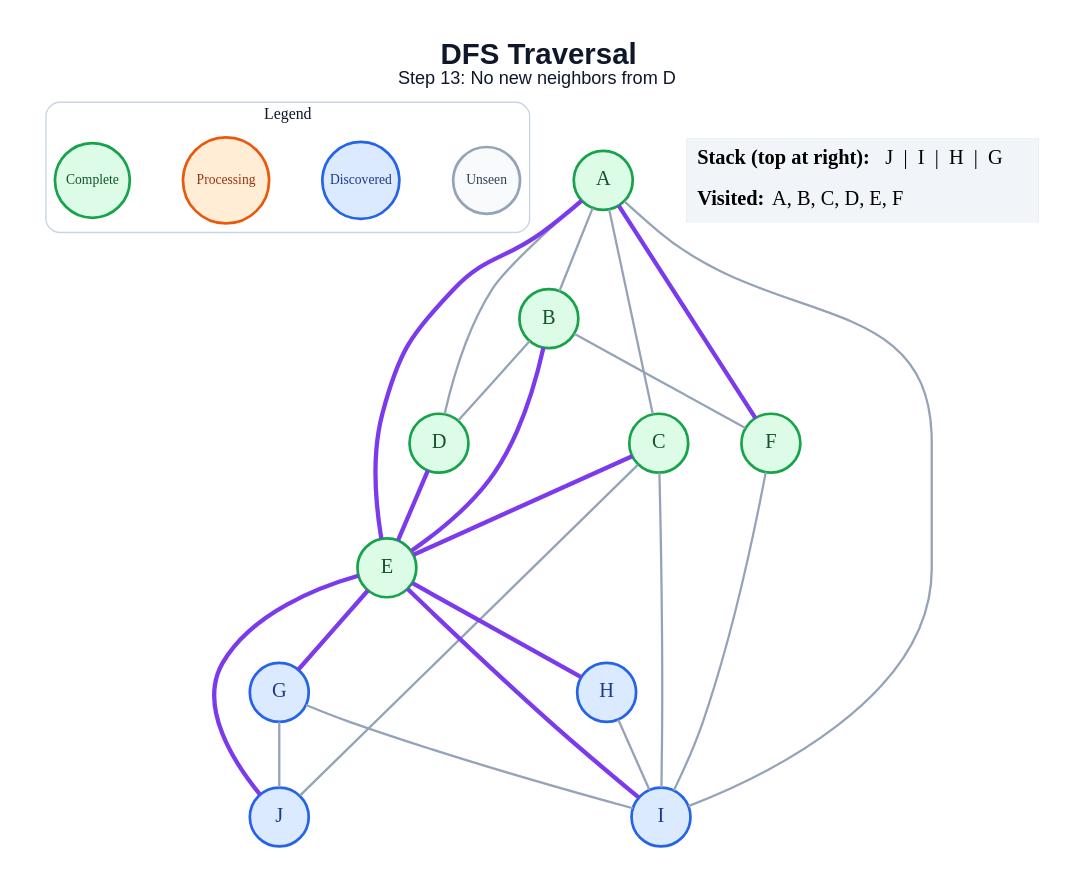
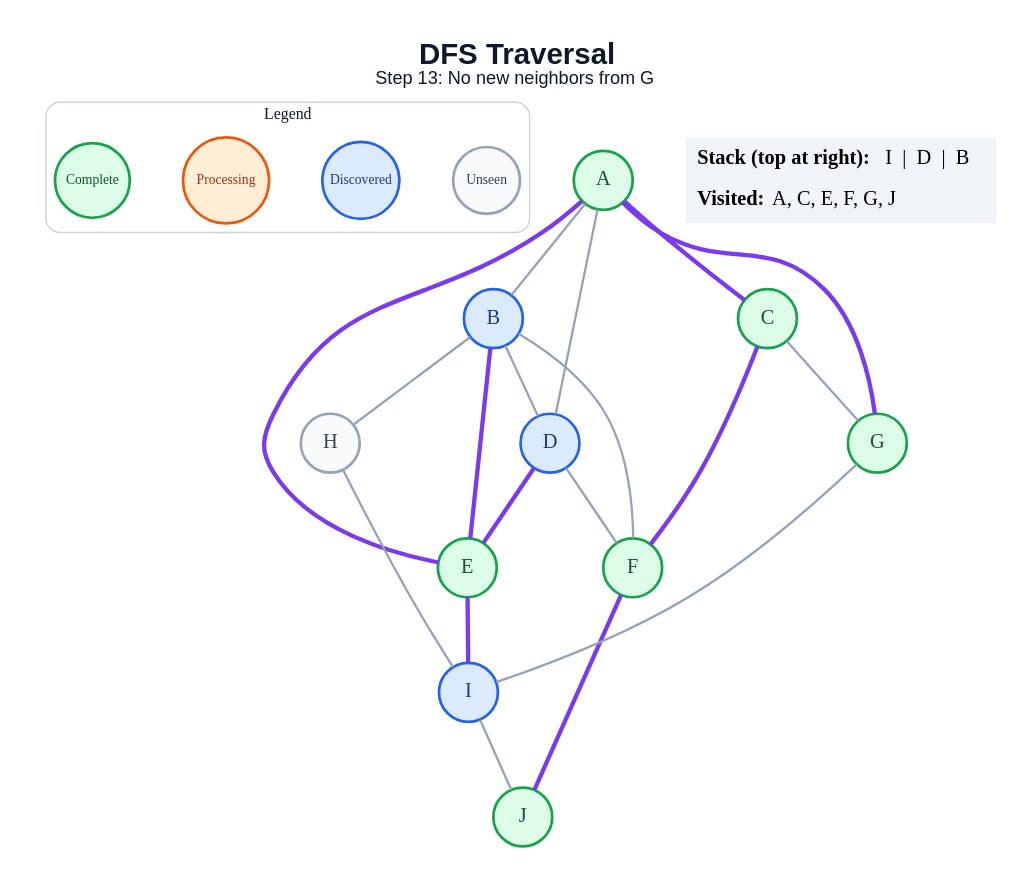
One commit to anon7238593-create/ai-slop changed the diagram in generated/specific-node/dfs/step_13.dot. Above: the diagram before and after it, drawn with Graphviz. The commit also changed 178 other files, not shown here.

```diff
--- a/generated/specific-node/dfs/step_13.dot
+++ b/generated/specific-node/dfs/step_13.dot
@@ -1,50 +1,47 @@
 graph traversal {
   graph [layout=dot, rankdir=TB, bgcolor="#FFFFFF", pad="0.35", nodesep="0.65", ranksep="0.8", fontname="Arial"];
   node [shape=circle, style="filled", fontname="Arial Bold", fontsize=18, width=0.72, fixedsize=true, penwidth=2.4];
   edge [color="#94A3B8", penwidth=2.0];
-  label=<<B>DFS Traversal</B><BR/><FONT POINT-SIZE="16">Step 13: No new neighbors from D</FONT>>; labelloc="t"; fontsize=26; fontname="Arial"; fontcolor="#0F172A";
+  label=<<B>DFS Traversal</B><BR/><FONT POINT-SIZE="16">Step 13: No new neighbors from G</FONT>>; labelloc="t"; fontsize=26; fontname="Arial"; fontcolor="#0F172A";
   subgraph cluster_legend { label="Legend"; color="#CBD5E1"; penwidth=1.2; style="rounded"; fontsize=14; fontname="Arial Bold";
     key_unseen [label="Unseen", fillcolor="#F8FAFC", color="#94A3B8", fontcolor="#334155", fontsize=12, width=0.82];
     key_frontier [label="Discovered", fillcolor="#DBEAFE", color="#2563EB", fontcolor="#1E3A8A", fontsize=12, width=0.95];
     key_current [label="Processing", fillcolor="#FFEDD5", color="#EA580C", fontcolor="#9A3412", fontsize=12, width=1.05];
     key_done [label="Complete", fillcolor="#DCFCE7", color="#16A34A", fontcolor="#14532D", fontsize=12, width=0.92];
     { rank=same; key_unseen; key_frontier; key_current; key_done; }
   }
   A [fillcolor="#DCFCE7", color="#16A34A", fontcolor="#14532D"];
-  B [fillcolor="#DCFCE7", color="#16A34A", fontcolor="#14532D"];
+  B [fillcolor="#DBEAFE", color="#2563EB", fontcolor="#1E3A8A"];
   C [fillcolor="#DCFCE7", color="#16A34A", fontcolor="#14532D"];
-  D [fillcolor="#DCFCE7", color="#16A34A", fontcolor="#14532D"];
+  D [fillcolor="#DBEAFE", color="#2563EB", fontcolor="#1E3A8A"];
   E [fillcolor="#DCFCE7", color="#16A34A", fontcolor="#14532D"];
   F [fillcolor="#DCFCE7", color="#16A34A", fontcolor="#14532D"];
-  G [fillcolor="#DBEAFE", color="#2563EB", fontcolor="#1E3A8A"];
-  H [fillcolor="#DBEAFE", color="#2563EB", fontcolor="#1E3A8A"];
+  G [fillcolor="#DCFCE7", color="#16A34A", fontcolor="#14532D"];
+  H [fillcolor="#F8FAFC", color="#94A3B8", fontcolor="#334155"];
   I [fillcolor="#DBEAFE", color="#2563EB", fontcolor="#1E3A8A"];
-  J [fillcolor="#DBEAFE", color="#2563EB", fontcolor="#1E3A8A"];
+  J [fillcolor="#DCFCE7", color="#16A34A", fontcolor="#14532D"];
   A -- B;
-  A -- C;
+  A -- C [color="#7C3AED", penwidth=3.8];
   A -- D;
   A -- E [color="#7C3AED", penwidth=3.8];
-  A -- F [color="#7C3AED", penwidth=3.8];
-  A -- I;
+  A -- G [color="#7C3AED", penwidth=3.8];
   B -- D;
   B -- E [color="#7C3AED", penwidth=3.8];
   B -- F;
-  C -- E [color="#7C3AED", penwidth=3.8];
-  C -- I;
-  C -- J;
+  B -- H;
+  C -- F [color="#7C3AED", penwidth=3.8];
+  C -- G;
   D -- E [color="#7C3AED", penwidth=3.8];
-  E -- G [color="#7C3AED", penwidth=3.8];
-  E -- H [color="#7C3AED", penwidth=3.8];
+  D -- F;
   E -- I [color="#7C3AED", penwidth=3.8];
-  E -- J [color="#7C3AED", penwidth=3.8];
-  F -- I;
+  F -- J [color="#7C3AED", penwidth=3.8];
   G -- I;
-  G -- J;
   H -- I;
+  I -- J;
   status [shape=plain, fixedsize=false, width=0, height=0, margin=0, label=<
     <TABLE BORDER="0" CELLBORDER="0" CELLPADDING="7" BGCOLOR="#F1F5F9">
-      <TR><TD ALIGN="LEFT"><B>Stack (top at right):</B> J  |  I  |  H  |  G</TD></TR>
-      <TR><TD ALIGN="LEFT"><B>Visited:</B> A, B, C, D, E, F</TD></TR>
+      <TR><TD ALIGN="LEFT"><B>Stack (top at right):</B> I  |  D  |  B</TD></TR>
+      <TR><TD ALIGN="LEFT"><B>Visited:</B> A, C, E, F, G, J</TD></TR>
     </TABLE>
   >];
 }
```
